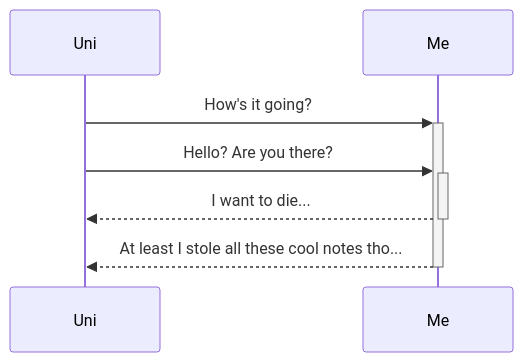
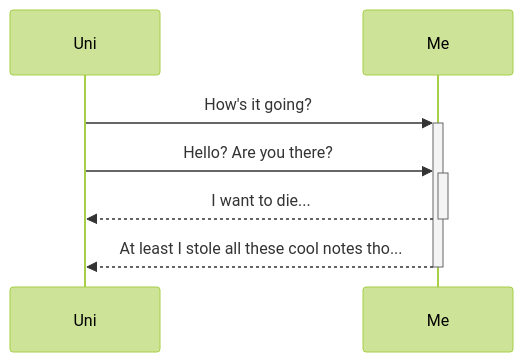
Before and after one commit to Ax0l0ti/Uni-Notes: the second of 3 diagrams in Syncing & Personals/Tips ✨/Format cheat sheet.md, drawn with Mermaid. The commit also changed other lines of this file and 15 other files, not shown here.

````diff
--- a/Syncing & Personals/Tips ✨/Format cheat sheet.md
+++ b/Syncing & Personals/Tips ✨/Format cheat sheet.md
@@ -45,7 +151,8 @@
 ```mermaid
+%%{init: {'theme': 'forest'}}%%
 sequenceDiagram
     Uni ->>+Me: How's it going?
     Uni->>+Me: Hello? Are you there? 
     Me-->>-Uni: I want to die...
     Me-->>-Uni: At least I stole all these cool notes tho...
 ```
````
